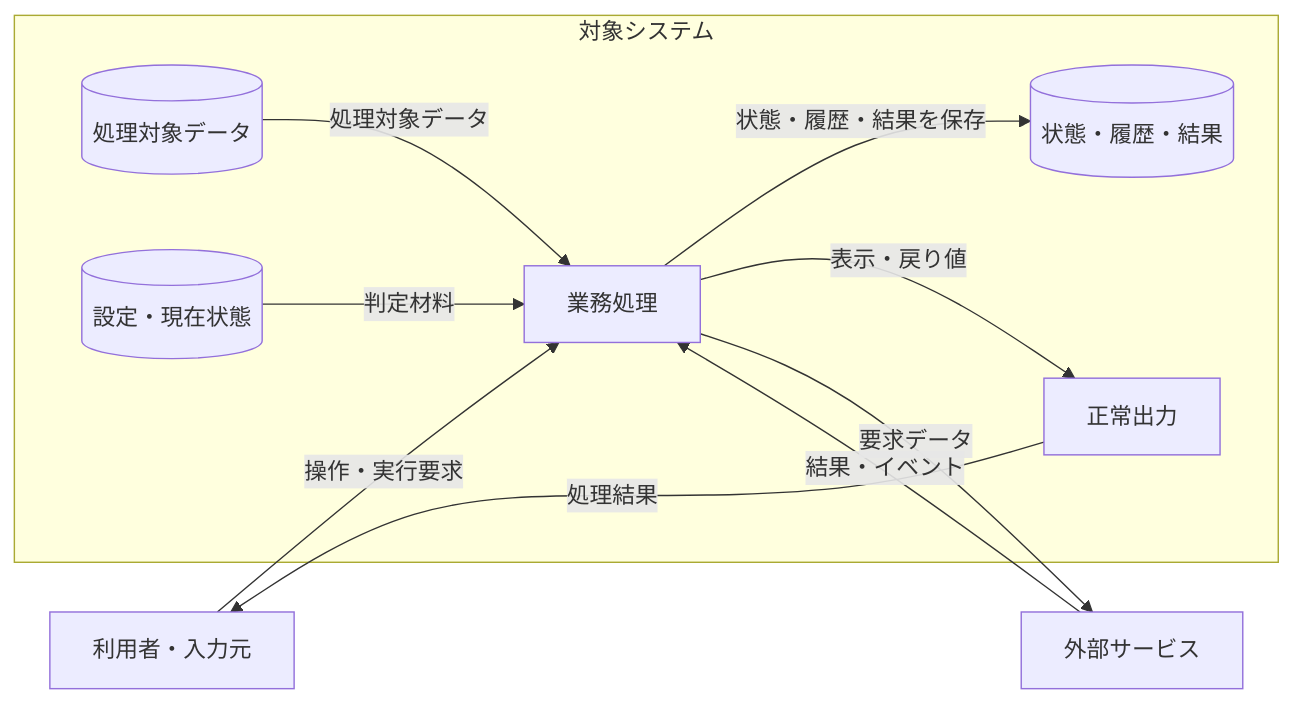
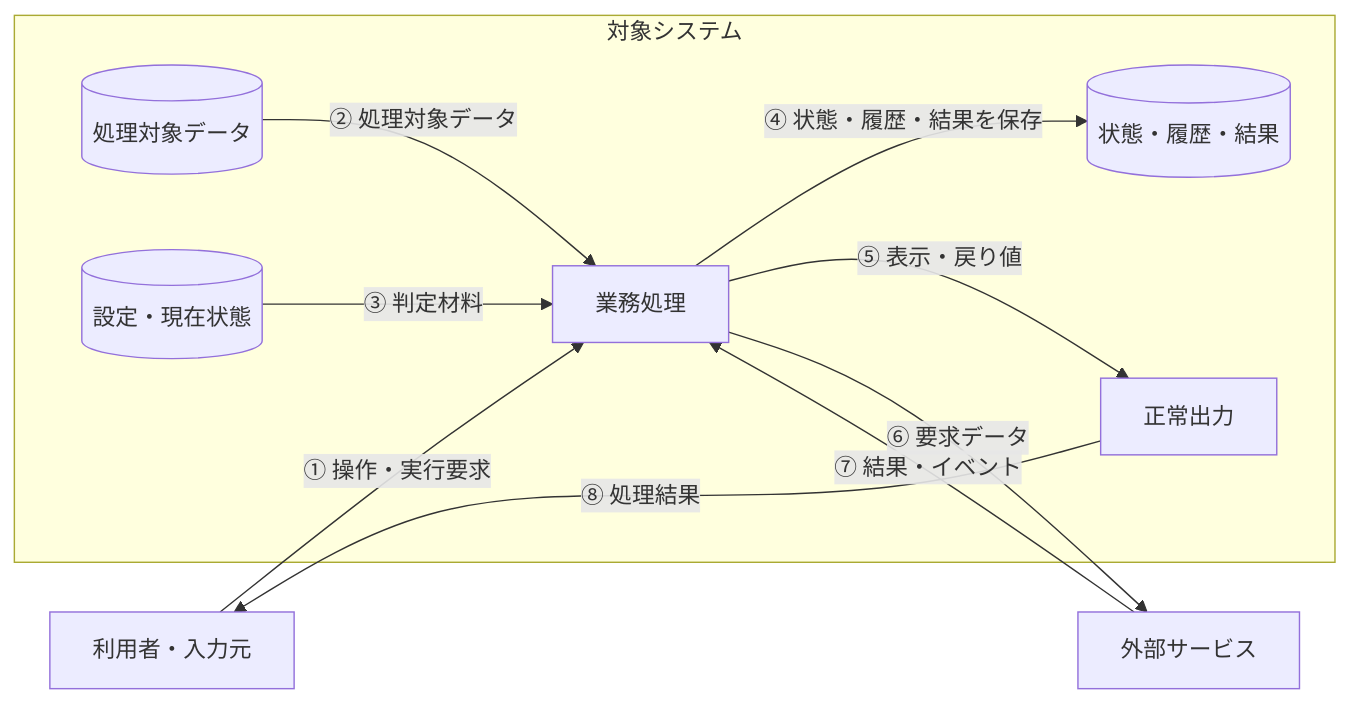
The first of 5 diagrams in kindle/design-patterns/templates/chapter-template.md (kumachan1101-pixel/DesignPattern), drawn with Mermaid before and after one commit. The commit also changed other lines of this file and 9 other files, not shown here.

Commit message:
要求の対象とシステム図の受け渡しを明確化

````diff
--- a/kindle/design-patterns/templates/chapter-template.md
+++ b/kindle/design-patterns/templates/chapter-template.md
@@ -296,20 +296,20 @@
 ```mermaid
 flowchart LR
-    U["利用者・入力元"] -->|"操作・実行要求"| S
+    U["利用者・入力元"] -->|"① 操作・実行要求"| S
 
     subgraph TARGET["対象システム"]
         S["業務処理"]
         D1[("処理対象データ")]
         C[("設定・現在状態")]
         D2[("状態・履歴・結果")]
         O["正常出力"]
-        D1 -->|"処理対象データ"| S
-        C -->|"判定材料"| S
-        S -->|"状態・履歴・結果を保存"| D2
-        S -->|"表示・戻り値"| O
+        D1 -->|"② 処理対象データ"| S
+        C -->|"③ 判定材料"| S
+        S -->|"④ 状態・履歴・結果を保存"| D2
+        S -->|"⑤ 表示・戻り値"| O
     end
 
-    S -->|"要求データ"| E["外部サービス"]
-    E -->|"結果・イベント"| S
-    O -->|"処理結果"| U
+    S -->|"⑥ 要求データ"| E["外部サービス"]
+    E -->|"⑦ 結果・イベント"| S
+    O -->|"⑧ 処理結果"| U
 ```
````
